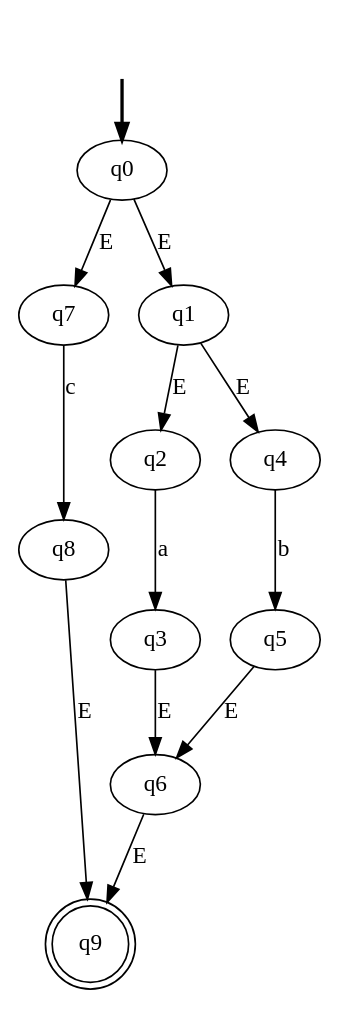
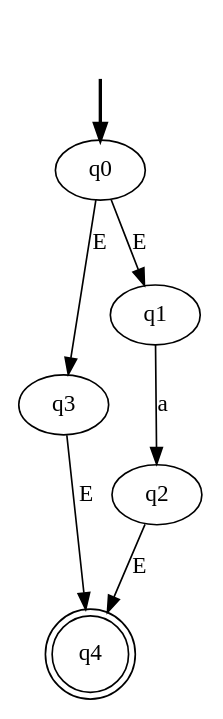
One commit to MarcosFelipeBC/lfa changed the diagram in ER e AFNE - Trabalho 3/resources/AFNE.dot. Above: the diagram before and after it, drawn with Graphviz. The commit also changed 6 other files, not shown here.

```diff
--- a/ER e AFNE - Trabalho 3/resources/AFNE.dot
+++ b/ER e AFNE - Trabalho 3/resources/AFNE.dot
@@ -1,25 +1,14 @@
 digraph {
 	fake0 [style=invisible]
-	q8
-	q7
+	q4 [shape=doublecircle]
 	q0 [root=true]
-	q9 [shape=doublecircle]
 	q3
+	q1
 	q2
-	q4
-	q6
-	q5
-	q1
 	fake0 -> q0 [style=bold]
-	q2 -> q3 [label=a]
-	q4 -> q5 [label=b]
-	q1 -> q4 [label=E]
-	q1 -> q2 [label=E]
-	q3 -> q6 [label=E]
-	q5 -> q6 [label=E]
-	q7 -> q8 [label=c]
-	q0 -> q7 [label=E]
+	q1 -> q2 [label=a]
+	q0 -> q3 [label=E]
 	q0 -> q1 [label=E]
-	q6 -> q9 [label=E]
-	q8 -> q9 [label=E]
+	q2 -> q4 [label=E]
+	q3 -> q4 [label=E]
 }
```
